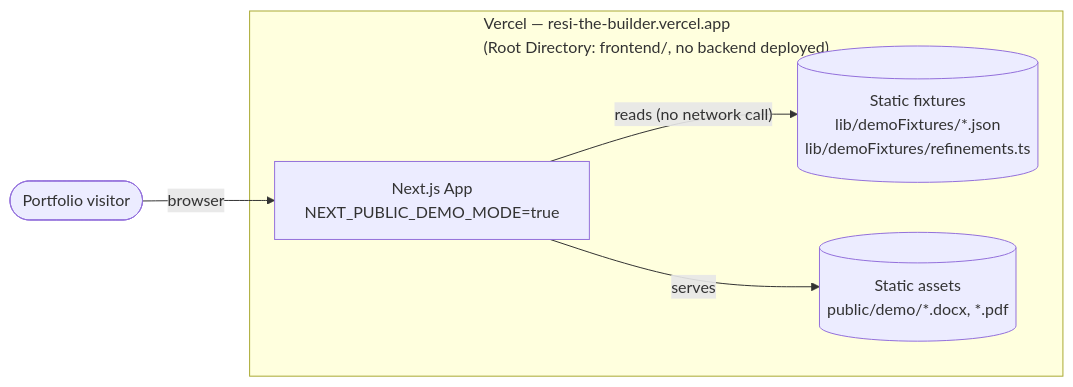
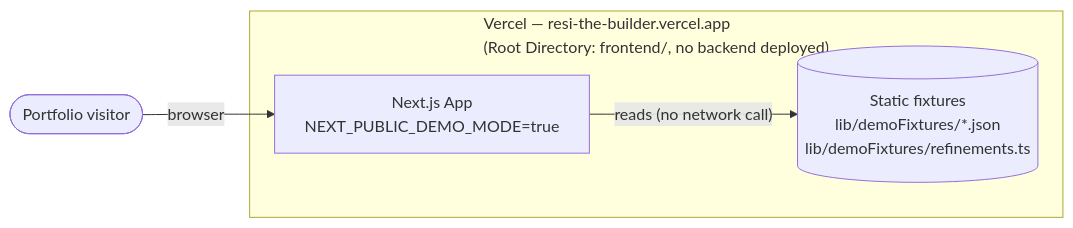
One commit to ReneMSdev/resi-the-builder changed the second of 2 diagrams in ARCHITECTURE.md. Above: the diagram before and after it, drawn with Mermaid. The commit also changed other lines of this file and 1 other file, not shown here.

Commit message:
Drop Cloudflare Tunnel plan, fix stale demo-assets reference in ARCHITECTURE.md

````diff
--- a/ARCHITECTURE.md
+++ b/ARCHITECTURE.md
@@ -90,14 +90,12 @@
 ```mermaid
 flowchart LR
     Visitor(["Portfolio visitor"])
 
     subgraph Vercel["Vercel — resi-the-builder.vercel.app<br/>(Root Directory: frontend/, no backend deployed)"]
         UI2["Next.js App<br/>NEXT_PUBLIC_DEMO_MODE=true"]
         Fixtures[("Static fixtures<br/>lib/demoFixtures/*.json<br/>lib/demoFixtures/refinements.ts")]
-        Assets[("Static assets<br/>public/demo/*.docx, *.pdf")]
     end
 
     Visitor -->|"browser"| UI2
     UI2 -->|"reads (no network call)"| Fixtures
-    UI2 -->|"serves"| Assets
 ```
````
